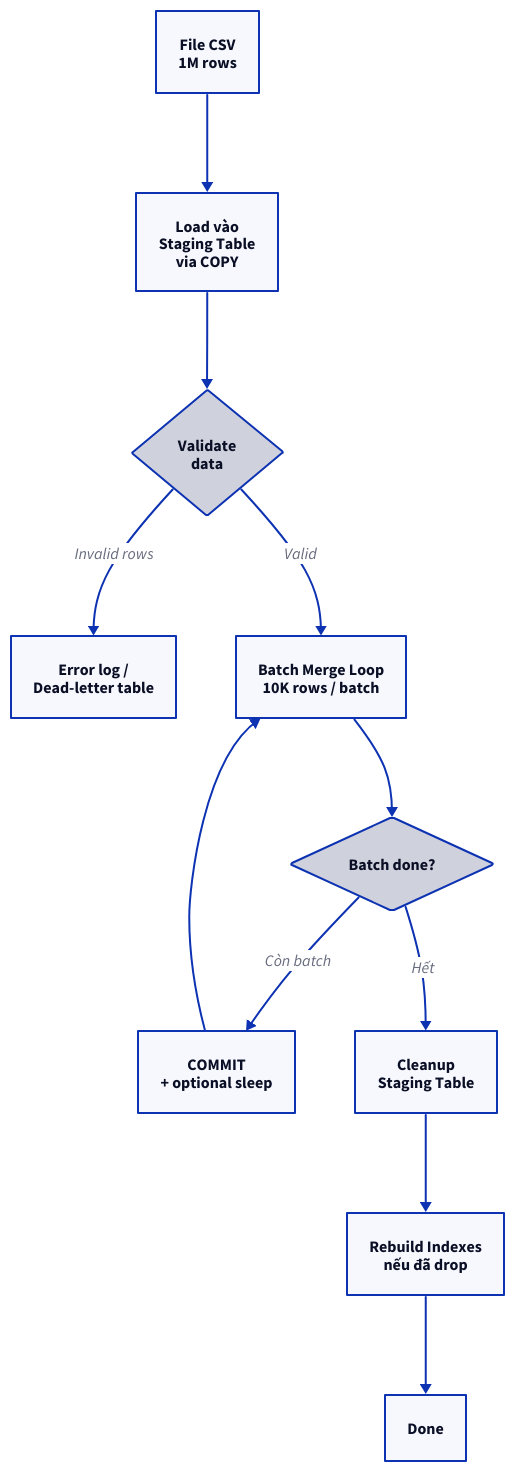
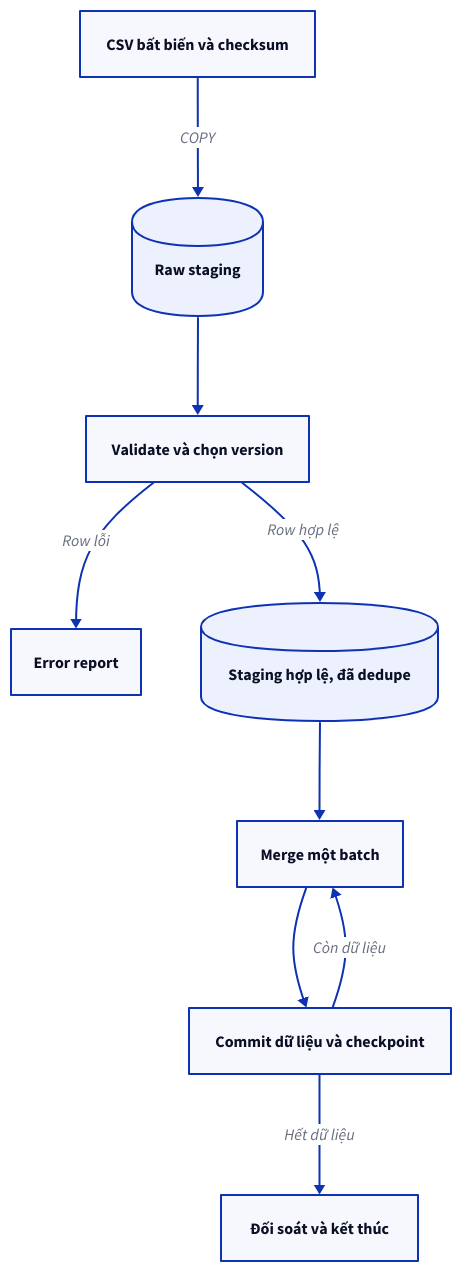
Before and after one commit to vanhiep99w/interview-question: the diagram in content/docs/java/02-bulk-upsert-billion-rows.mdx, drawn with D2. The commit also changed other lines of this file and 26 other files, not shown here.

````diff
--- a/content/docs/java/02-bulk-upsert-billion-rows.mdx
+++ b/content/docs/java/02-bulk-upsert-billion-rows.mdx
@@ -66,23 +54,19 @@
-```d2 title="Tổng quan pipeline"
+```d2 title="Pipeline bulk upsert và các checkpoint" interactive=false
 direction: down
-A: "File CSV\n1M rows"
-B: "Load vào\nStaging Table\nvia COPY"
-C: "Validate\ndata" {shape: diamond}
-D: "Error log /\nDead-letter table"
-E: "Batch Merge Loop\n10K rows / batch"
-F: "Batch done?" {shape: diamond}
-G: "COMMIT\n+ optional sleep"
-H: "Cleanup\nStaging Table"
-I: "Rebuild Indexes\nnếu đã drop"
-J: "Done"
-A -> B
-B -> C
-C -> D: "Invalid rows"
-C -> E: "Valid"
-E -> F
-F -> G: "Còn batch"
-G -> E
-F -> H: "Hết"
-H -> I
-I -> J
+file: "CSV bất biến và checksum"
+raw: "Raw staging" {shape: cylinder}
+validation: "Validate và chọn version"
+errors: "Error report"
+ready: "Staging hợp lệ, đã dedupe" {shape: cylinder}
+merge: "Merge một batch"
+checkpoint: "Commit dữ liệu và checkpoint"
+finish: "Đối soát và kết thúc"
+file -> raw: COPY
+raw -> validation
+validation -> errors: "Row lỗi"
+validation -> ready: "Row hợp lệ"
+ready -> merge
+merge -> checkpoint
+checkpoint -> merge: "Còn dữ liệu"
+checkpoint -> finish: "Hết dữ liệu"
 ```
````
